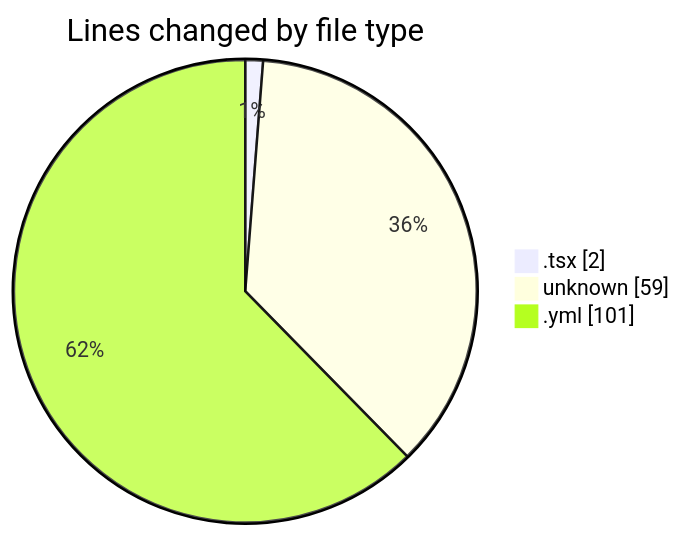
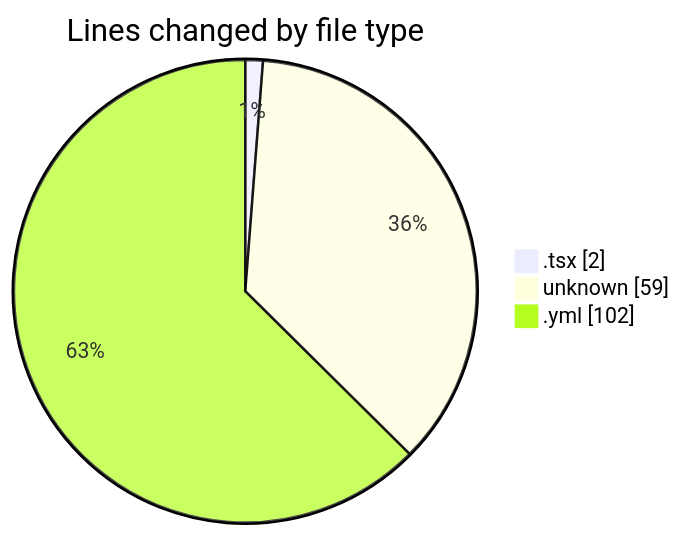
The first of 2 diagrams in 2025-05-18/niten/README.md (Elitesun/code-tracking), drawn with Mermaid before and after one commit. The commit also changed other lines of this file and 1 other file, not shown here.

````diff
--- a/2025-05-18/niten/README.md
+++ b/2025-05-18/niten/README.md
@@ -22,7 +22,7 @@
 ```mermaid
 pie showData
 title Lines changed by file type
 ".tsx" : 2
 "unknown" : 59
-".yml" : 101
+".yml" : 102
 ```
````
